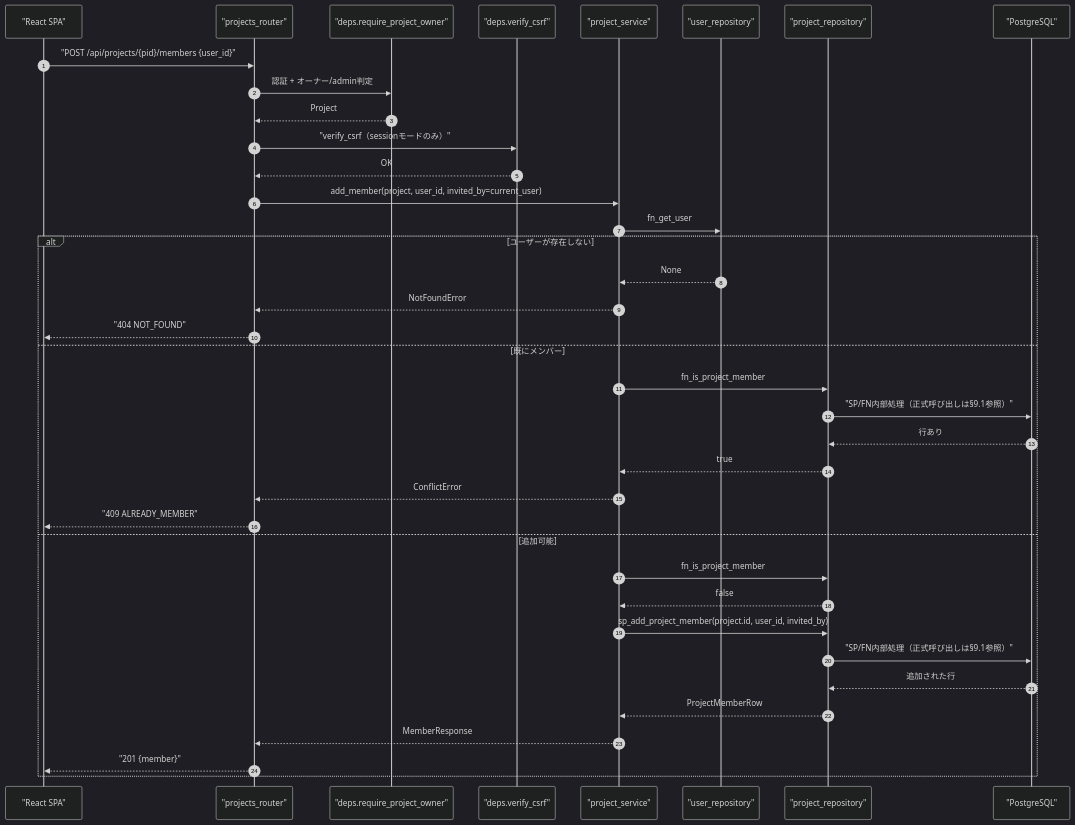
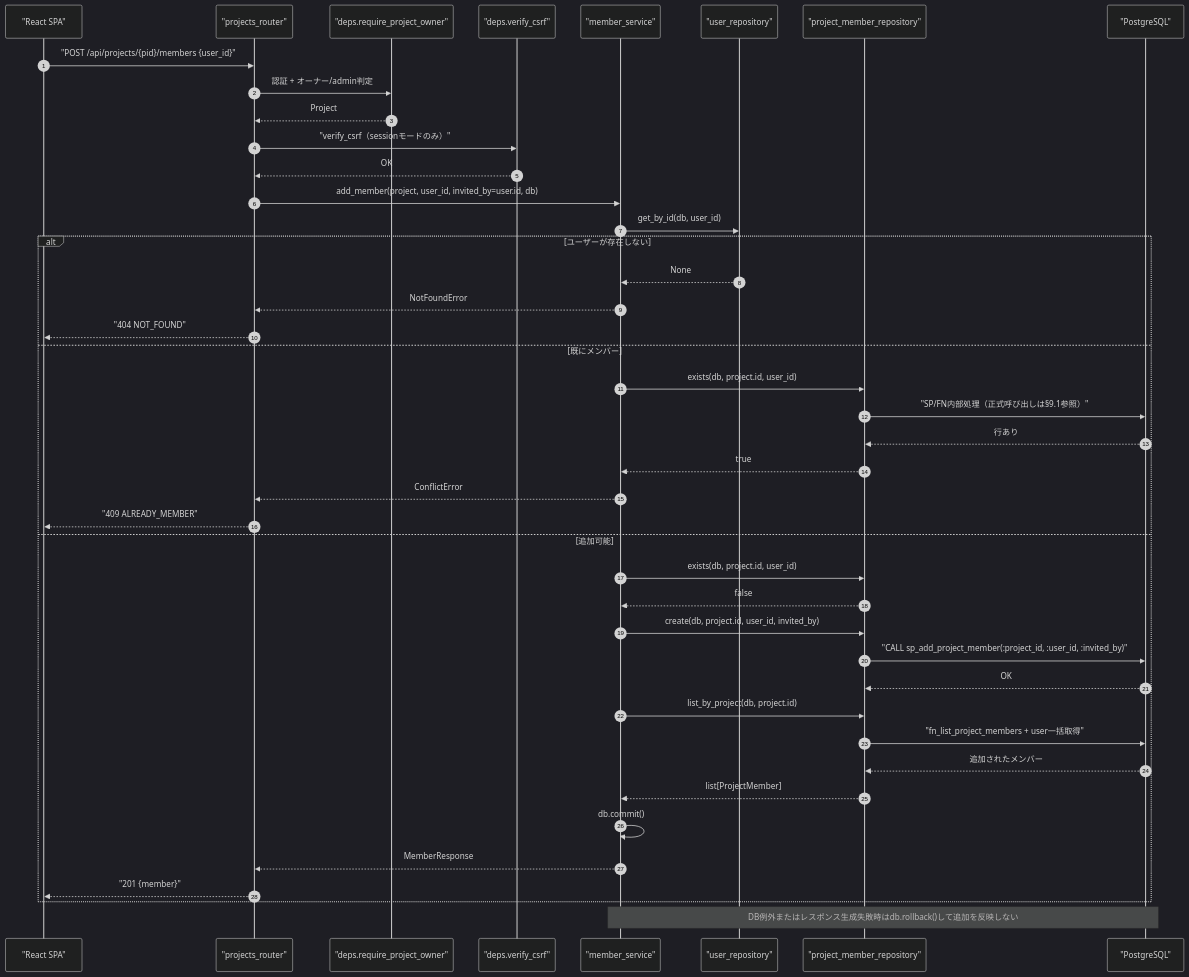
Before and after one commit to oikawa-d/task_management: the first of 4 diagrams in docs/detailed_design/api/projects/07_post_project_members.md, drawn with Mermaid (dark theme). The commit also changed other lines of this file and 4 other files, not shown here.

````diff
--- a/docs/detailed_design/api/projects/07_post_project_members.md
+++ b/docs/detailed_design/api/projects/07_post_project_members.md
@@ -106,41 +106,46 @@
 ```mermaid
 sequenceDiagram
     autonumber
     participant FE as "React SPA"
     participant R as "projects_router"
     participant D as "deps.require_project_owner"
     participant CSRF as "deps.verify_csrf"
-    participant S as "project_service"
+    participant S as "member_service"
     participant UR as "user_repository"
-    participant PR as "project_repository"
+    participant PR as "project_member_repository"
     participant PG as "PostgreSQL"
 
     FE->>R: "POST /api/projects/{pid}/members {user_id}"
     R->>D: 認証 + オーナー/admin判定
     D-->>R: Project
     R->>CSRF: "verify_csrf（sessionモードのみ）"
     CSRF-->>R: OK
-    R->>S: add_member(project, user_id, invited_by=current_user)
-    S->>UR: fn_get_user
+    R->>S: add_member(project, user_id, invited_by=user.id, db)
+    S->>UR: get_by_id(db, user_id)
     alt ユーザーが存在しない
         UR-->>S: None
         S-->>R: NotFoundError
         R-->>FE: "404 NOT_FOUND"
     else 既にメンバー
-        S->>PR: fn_is_project_member
+        S->>PR: exists(db, project.id, user_id)
         PR->>PG: "SP/FN内部処理（正式呼び出しは§9.1参照）"
         PG-->>PR: 行あり
         PR-->>S: true
         S-->>R: ConflictError
         R-->>FE: "409 ALREADY_MEMBER"
     else 追加可能
-        S->>PR: fn_is_project_member
+        S->>PR: exists(db, project.id, user_id)
         PR-->>S: false
-        S->>PR: sp_add_project_member(project.id, user_id, invited_by)
-        PR->>PG: "SP/FN内部処理（正式呼び出しは§9.1参照）"
-        PG-->>PR: 追加された行
-        PR-->>S: ProjectMemberRow
+        S->>PR: create(db, project.id, user_id, invited_by)
+        PR->>PG: "CALL sp_add_project_member(:project_id, :user_id, :invited_by)"
+        PG-->>PR: OK
+        S->>PR: list_by_project(db, project.id)
+        PR->>PG: "fn_list_project_members + user一括取得"
+        PG-->>PR: 追加されたメンバー
+        PR-->>S: list[ProjectMember]
+        S->>S: db.commit()
         S-->>R: MemberResponse
         R-->>FE: "201 {member}"
     end
+    Note over S,PG: DB例外またはレスポンス生成失敗時はdb.rollback()して追加を反映しない
 ```
````
